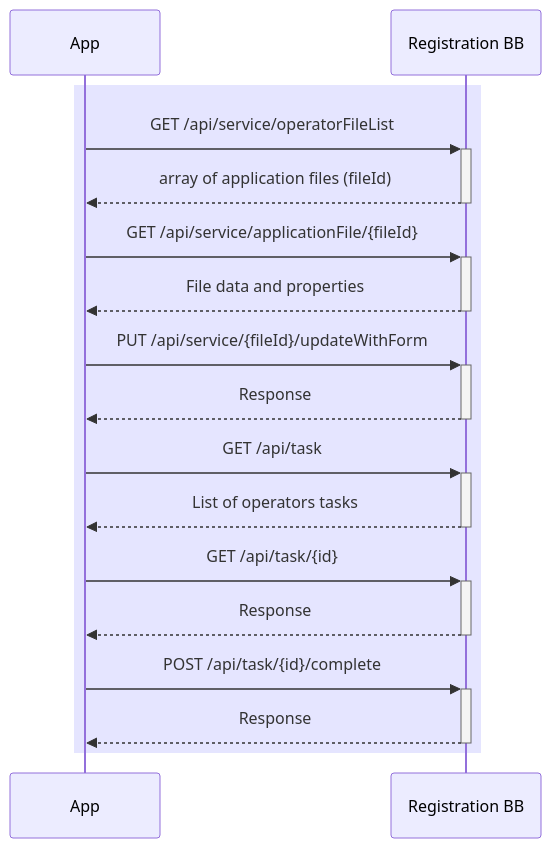
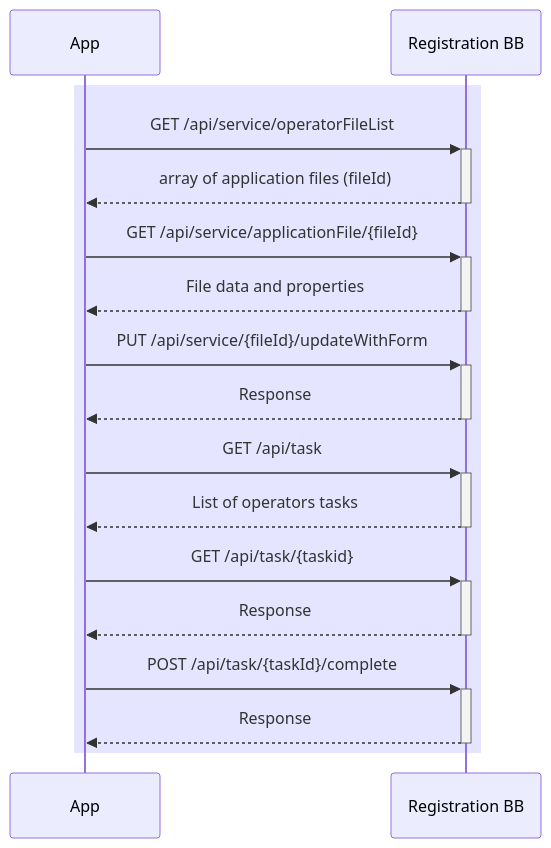
The diagram in api/OperatorSequenceDiagram.mermaid (GovStackWorkingGroup/bb-registration), drawn with Mermaid before and after one commit.

```diff
--- a/api/OperatorSequenceDiagram.mermaid
+++ b/api/OperatorSequenceDiagram.mermaid
@@ -1,25 +1,25 @@
 sequenceDiagram
     rect rgba(0, 0, 255, .1)
 
 
     App->>+Registration BB: GET /api/service/operatorFileList
     Registration BB-->>-App: array of application files (fileId)
     
     App->>+Registration BB: GET /api/service/applicationFile/{fileId}
     Registration BB-->>-App: File data and properties
 
     App->>+Registration BB: PUT /api/service/{fileId}/updateWithForm
     Registration BB-->>-App: Response
 
     App->>+Registration BB: GET /api/task
     Registration BB-->>-App: List of operators tasks
 
-    App->>+Registration BB: GET /api/task/{id}
+    App->>+Registration BB: GET /api/task/{taskid}
     Registration BB-->>-App: Response
 
 
-    App->>+Registration BB: POST /api/task/{id}/complete
+    App->>+Registration BB: POST /api/task/{taskId}/complete
     Registration BB-->>-App: Response
 
     
     end
```
